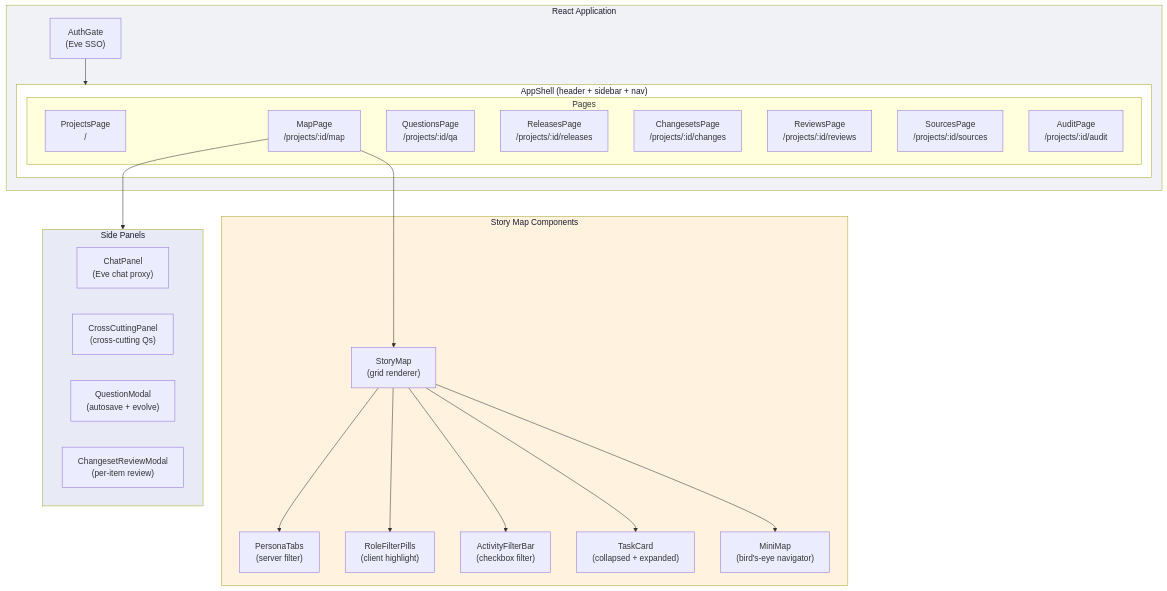
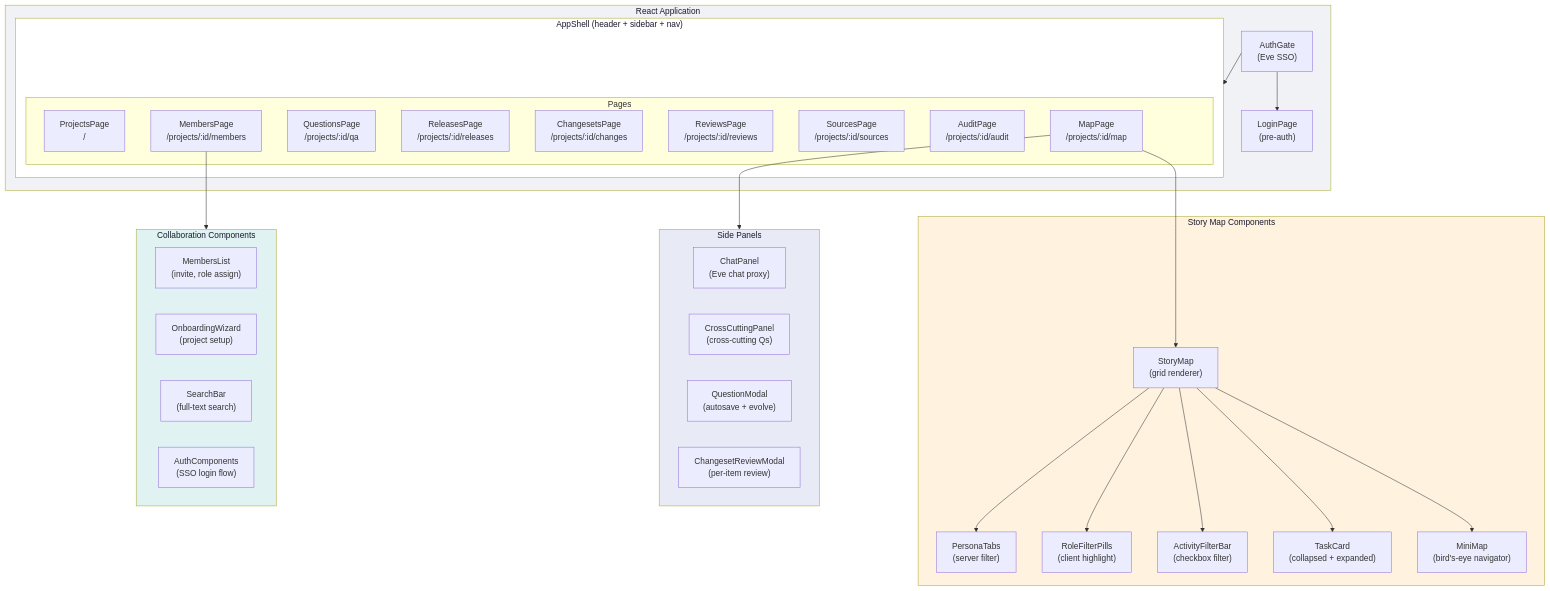
The eighth of 13 diagrams in ARCHITECTURE.md (eve-horizon/eden), drawn with Mermaid before and after one commit. The commit also changed other lines of this file and 3 other files, not shown here.

First line of the commit message:
docs: refresh all project docs for contributor onboarding

````diff
--- a/ARCHITECTURE.md
+++ b/ARCHITECTURE.md
@@ -322,49 +422,62 @@
 ```mermaid
 graph TB
     subgraph app["React Application"]
         authgate["AuthGate\n(Eve SSO)"]
 
         subgraph shell["AppShell (header + sidebar + nav)"]
             subgraph pages["Pages"]
                 projects["ProjectsPage\n/"]
                 mappage["MapPage\n/projects/:id/map"]
                 qapage["QuestionsPage\n/projects/:id/qa"]
                 releases["ReleasesPage\n/projects/:id/releases"]
                 changes["ChangesetsPage\n/projects/:id/changes"]
                 reviews["ReviewsPage\n/projects/:id/reviews"]
                 sourcespage["SourcesPage\n/projects/:id/sources"]
                 auditpage["AuditPage\n/projects/:id/audit"]
+                memberspage["MembersPage\n/projects/:id/members"]
             end
         end
+
+        login["LoginPage\n(pre-auth)"]
     end
 
     subgraph mapcomponents["Story Map Components"]
         storymap["StoryMap\n(grid renderer)"]
         personatabs["PersonaTabs\n(server filter)"]
         rolefilter["RoleFilterPills\n(client highlight)"]
         activityfilter["ActivityFilterBar\n(checkbox filter)"]
         taskcard["TaskCard\n(collapsed + expanded)"]
         minimap["MiniMap\n(bird's-eye navigator)"]
     end
 
     subgraph panels["Side Panels"]
         chatpanel["ChatPanel\n(Eve chat proxy)"]
         crosscut["CrossCuttingPanel\n(cross-cutting Qs)"]
         questionmodal["QuestionModal\n(autosave + evolve)"]
         changesetmodal["ChangesetReviewModal\n(per-item review)"]
     end
 
+    subgraph collaboration["Collaboration Components"]
+        membersmgmt["MembersList\n(invite, role assign)"]
+        onboarding["OnboardingWizard\n(project setup)"]
+        searchbar["SearchBar\n(full-text search)"]
+        authcomp["AuthComponents\n(SSO login flow)"]
+    end
+
     authgate --> shell
+    authgate --> login
     mappage --> storymap
     mappage --> panels
     storymap --> personatabs
     storymap --> rolefilter
     storymap --> activityfilter
     storymap --> taskcard
     storymap --> minimap
+    memberspage --> collaboration
 
     style app fill:#f0f2f5,color:#1a1a2e
     style shell fill:#fff,color:#1a1a2e
     style mapcomponents fill:#fff3e0,color:#1a1a2e
     style panels fill:#e8eaf6,color:#1a1a2e
+    style collaboration fill:#e0f2f1,color:#1a1a2e
 ```
````
